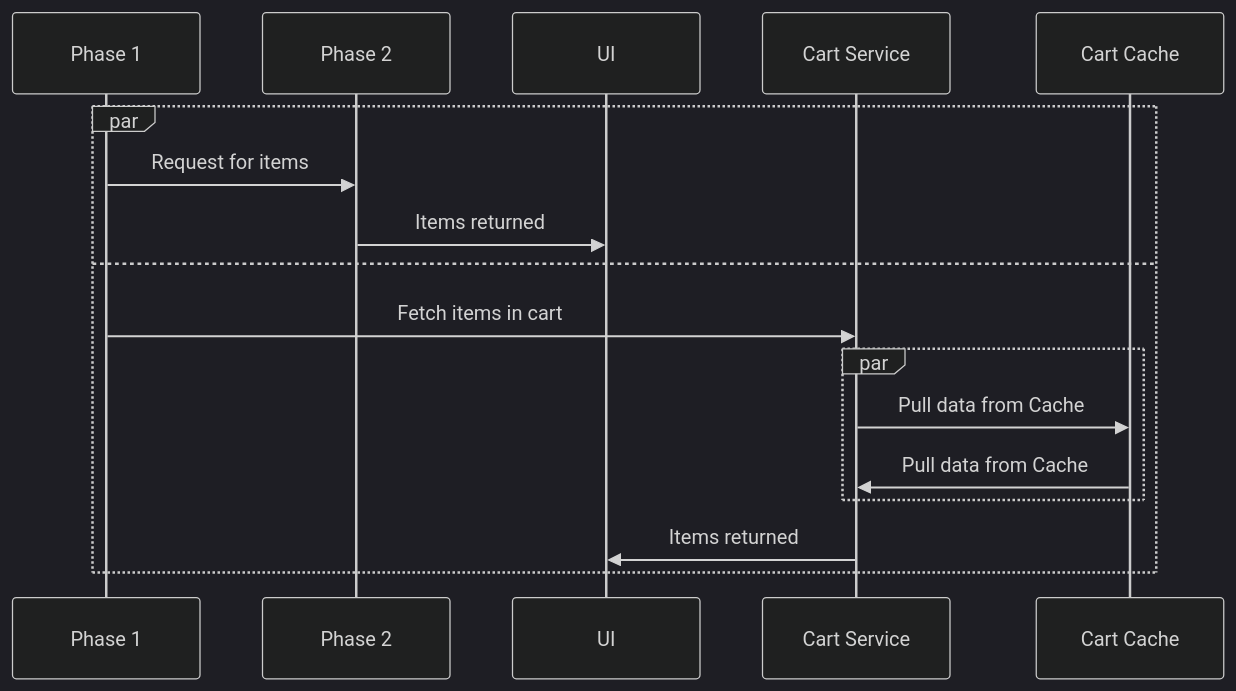
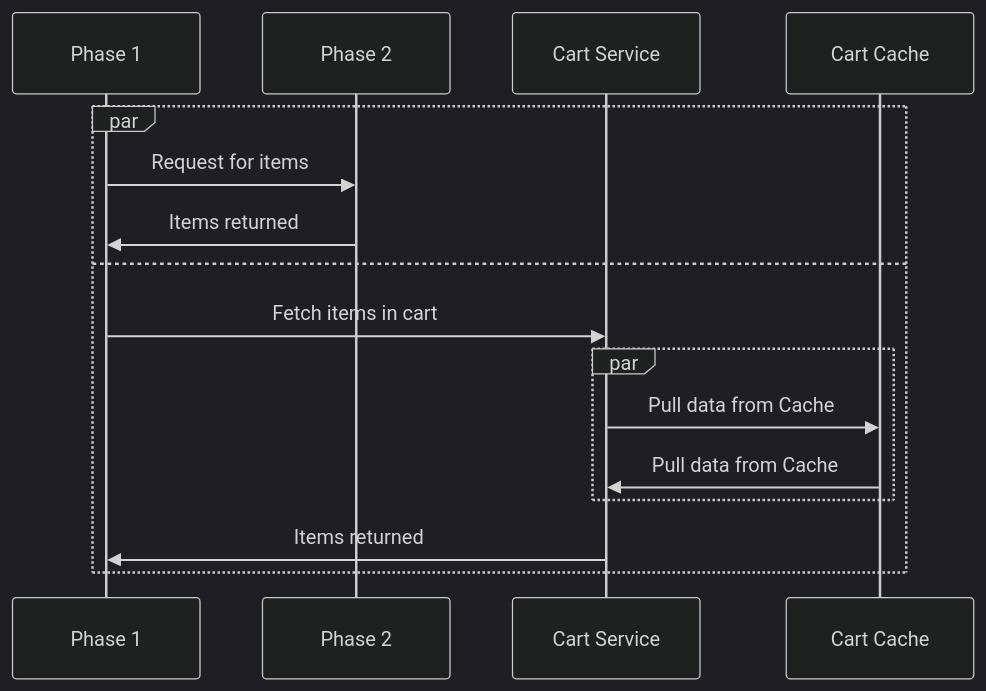
Before and after one commit to mgifford/mermaid-graphs: the second of 2 diagrams in blueprint.md, drawn with Mermaid (dark theme).

````diff
--- a/blueprint.md
+++ b/blueprint.md
@@ -23,14 +23,14 @@
 ```mermaid
 sequenceDiagram
     par 
         Phase 1->>Phase 2: Request for items
-    Phase 2->>UI: Items returned
+    Phase 2->>Phase 1: Items returned
     and 
         Phase 1->>Cart Service: Fetch items in cart
         par 
             Cart Service->>Cart Cache: Pull data from Cache
             Cart Cache->>Cart Service: Pull data from Cache
         end
-    Cart Service->>UI: Items returned
+    Cart Service->>Phase 1: Items returned
     end
 ```
````
